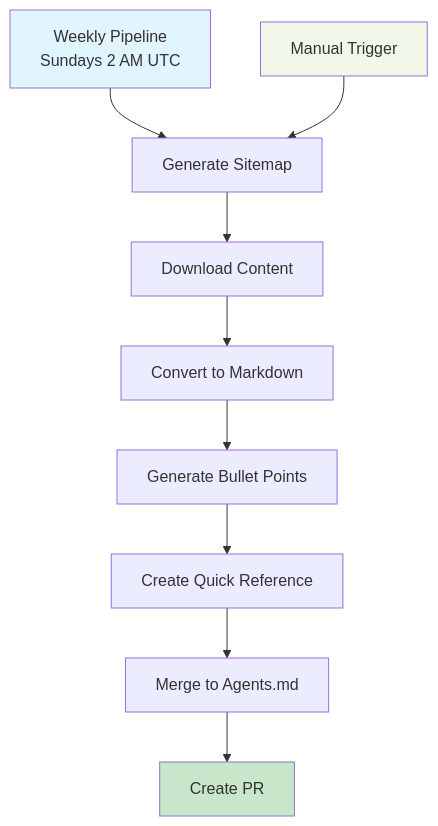
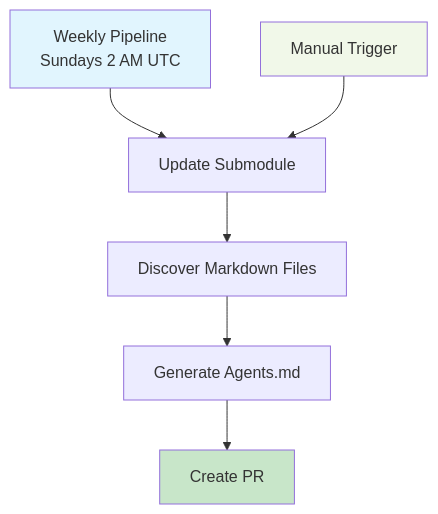
The diagram in README.md (ronaldtebrake/surge), drawn with Mermaid before and after one commit. The commit also changed other lines of this file and 182 other files, not shown here.

````diff
--- a/README.md
+++ b/README.md
@@ -32,16 +38,13 @@
 ```mermaid
 graph TD
-    A[Weekly Pipeline<br/>Sundays 2 AM UTC] --> B[Generate Sitemap]
-    B --> C[Download Content]
-    C --> D[Convert to Markdown]
-    D --> E[Generate Bullet Points]
-    E --> F[Create Quick Reference]
-    F --> G[Merge to Agents.md]
-    G --> H[Create PR]
+    A[Weekly Pipeline<br/>Sundays 2 AM UTC] --> B[Update Submodule]
+    B --> C[Discover Markdown Files]
+    C --> D[Generate Agents.md]
+    D --> E[Create PR]
     
-    I[Manual Trigger] --> B
+    F[Manual Trigger] --> B
     
     style A fill:#e1f5fe
-    style H fill:#c8e6c9
-    style I fill:#f1f8e9
+    style E fill:#c8e6c9
+    style F fill:#f1f8e9
 ```
````
